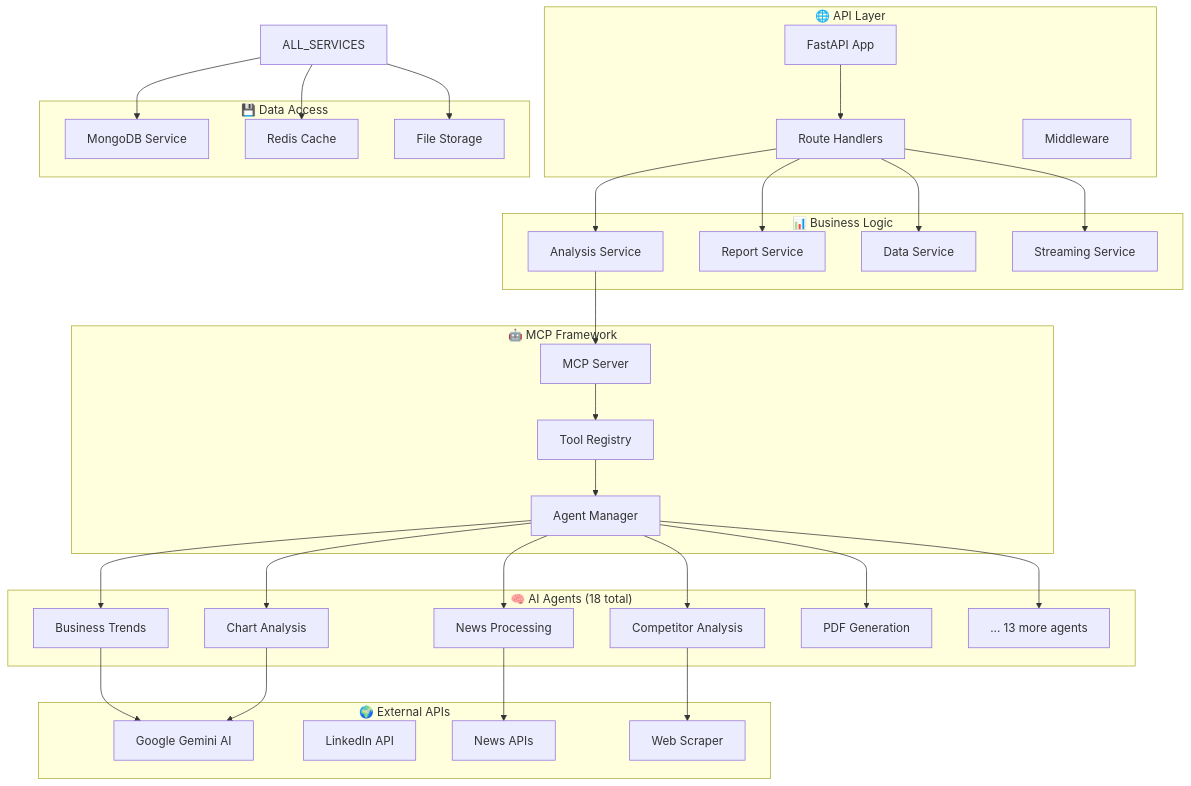
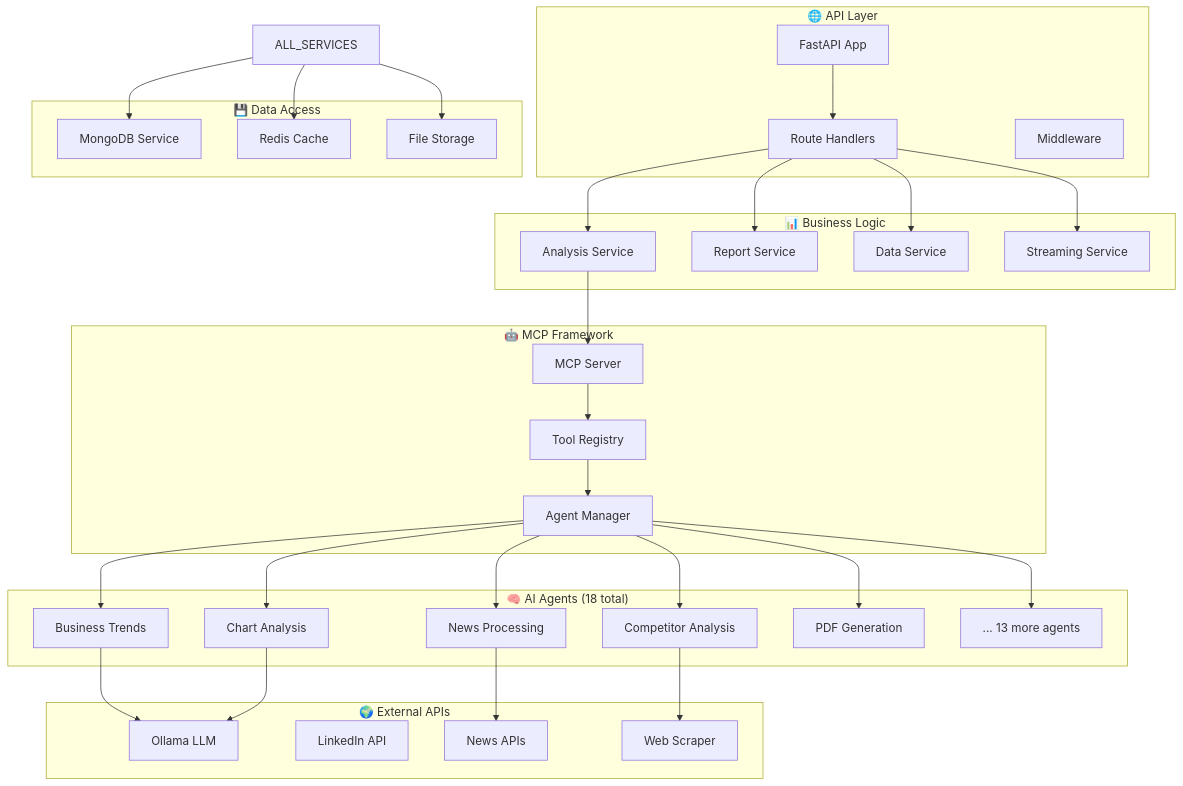
Before and after one commit to ChamsFares/Opportunity_Detetion_AI_platform: the seventh of 10 diagrams in ARCHITECTURE.md, drawn with Mermaid. The commit also changed other lines of this file and 2 other files, not shown here.

````diff
--- a/ARCHITECTURE.md
+++ b/ARCHITECTURE.md
@@ -368,69 +368,69 @@
 ```mermaid
 graph TD
     subgraph "🌐 API Layer"
         FASTAPI[FastAPI App]
         ROUTES[Route Handlers]
         MIDDLEWARE[Middleware]
     end
     
     subgraph "📊 Business Logic"
         ANALYSIS_SVC[Analysis Service]
         REPORT_SVC[Report Service]
         DATA_SVC[Data Service]
         STREAM_SVC[Streaming Service]
     end
     
     subgraph "🤖 MCP Framework"
         MCP_SERVER[MCP Server]
         TOOL_REGISTRY[Tool Registry]
         AGENT_MGR[Agent Manager]
     end
     
     subgraph "🧠 AI Agents (18 total)"
         BUSINESS[Business Trends]
         COMPETITOR[Competitor Analysis]
         NEWS[News Processing]
         CHART[Chart Analysis]
         PDF[PDF Generation]
         MORE[... 13 more agents]
     end
     
     subgraph "💾 Data Access"
         MONGO[MongoDB Service]
         CACHE[Redis Cache]
         FILES[File Storage]
     end
     
     subgraph "🌍 External APIs"
-        GEMINI[Google Gemini AI]
+        OLLAMA[Ollama LLM]
         LINKEDIN[LinkedIn API]
         NEWS_API[News APIs]
         SCRAPER[Web Scraper]
     end
     
     FASTAPI --> ROUTES
     ROUTES --> ANALYSIS_SVC
     ROUTES --> REPORT_SVC
     ROUTES --> DATA_SVC
     ROUTES --> STREAM_SVC
     
     ANALYSIS_SVC --> MCP_SERVER
     MCP_SERVER --> TOOL_REGISTRY
     TOOL_REGISTRY --> AGENT_MGR
     
     AGENT_MGR --> BUSINESS
     AGENT_MGR --> COMPETITOR
     AGENT_MGR --> NEWS
     AGENT_MGR --> CHART
     AGENT_MGR --> PDF
     AGENT_MGR --> MORE
     
-    BUSINESS --> GEMINI
+    BUSINESS --> OLLAMA
     COMPETITOR --> SCRAPER
     NEWS --> NEWS_API
-    CHART --> GEMINI
+    CHART --> OLLAMA
     
     ALL_SERVICES --> MONGO
     ALL_SERVICES --> CACHE
     ALL_SERVICES --> FILES
 ```
````
